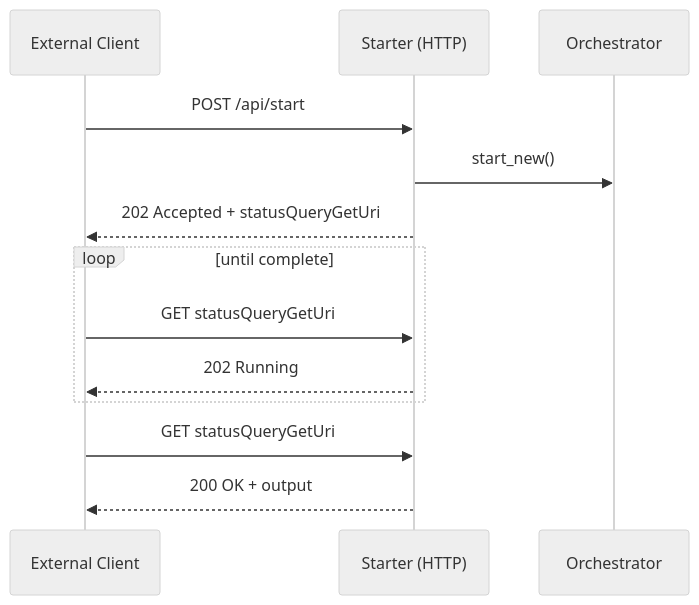
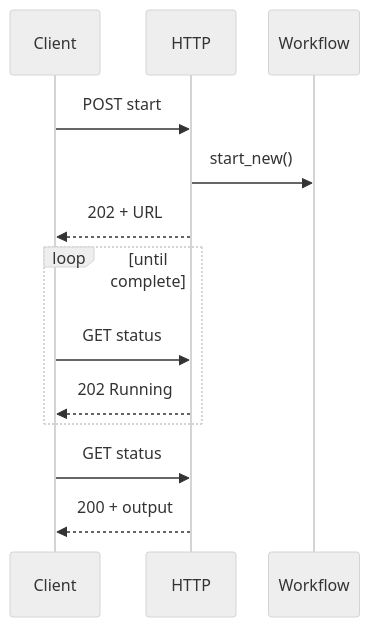
The fourth of 6 diagrams in docs/platform/durable-functions.md (yeongseon/azure-functions-practical-guide), drawn with Mermaid (neutral theme) before and after one commit. The commit also changed other lines of this file and 1 other file, not shown here.

First line of the commit message:
docs(diagrams): migrate Functions Durable Functions — durable functions (#422)

````diff
--- a/docs/platform/durable-functions.md
+++ b/docs/platform/durable-functions.md
@@ -153,15 +177,18 @@
 ```mermaid
+%%{init: {"sequence": {"width": 90, "actorMargin": 20, "diagramMarginX": 10, "wrap": false}}}%%
 sequenceDiagram
-    participant Cli as External Client
-    participant St as Starter (HTTP)
-    participant Orc as Orchestrator
-    Cli->>St: POST /api/start
+    accTitle: Start and poll an asynchronous HTTP workflow
+    accDescr: An external client posts to an HTTP starter, which starts an orchestration and returns 202 with a status URL. The client polls the built-in status endpoint while running and receives 200 with output on the illustrated successful completion path.
+    participant Cli as Client
+    participant St as HTTP
+    participant Orc as Workflow
+    Cli->>St: POST start
     St->>Orc: start_new()
-    St-->>Cli: 202 Accepted + statusQueryGetUri
+    St-->>Cli: 202 + URL
     loop until complete
-        Cli->>St: GET statusQueryGetUri
+        Cli->>St: GET status
         St-->>Cli: 202 Running
     end
-    Cli->>St: GET statusQueryGetUri
-    St-->>Cli: 200 OK + output
+    Cli->>St: GET status
+    St-->>Cli: 200 + output
 ```
````
